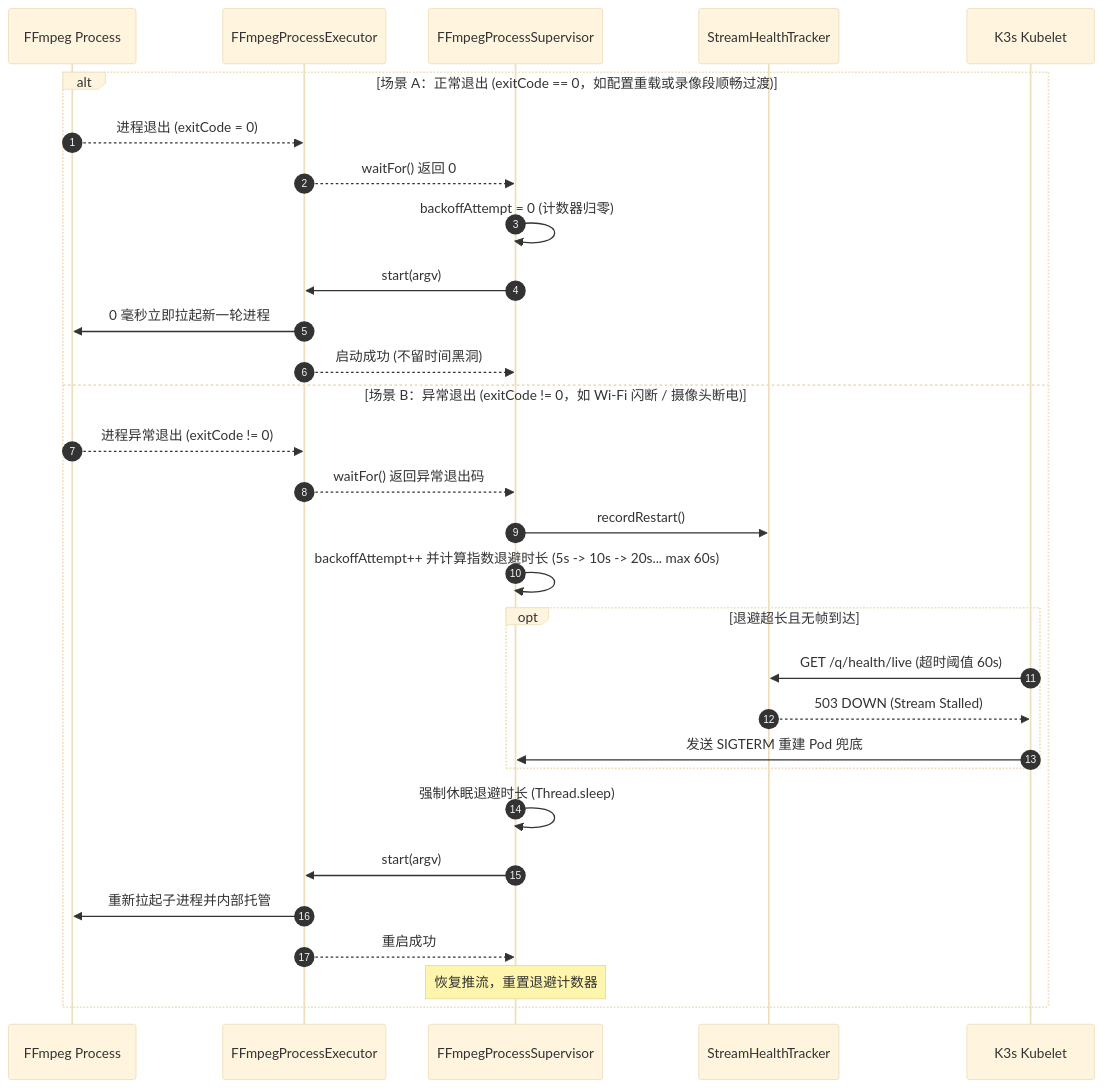
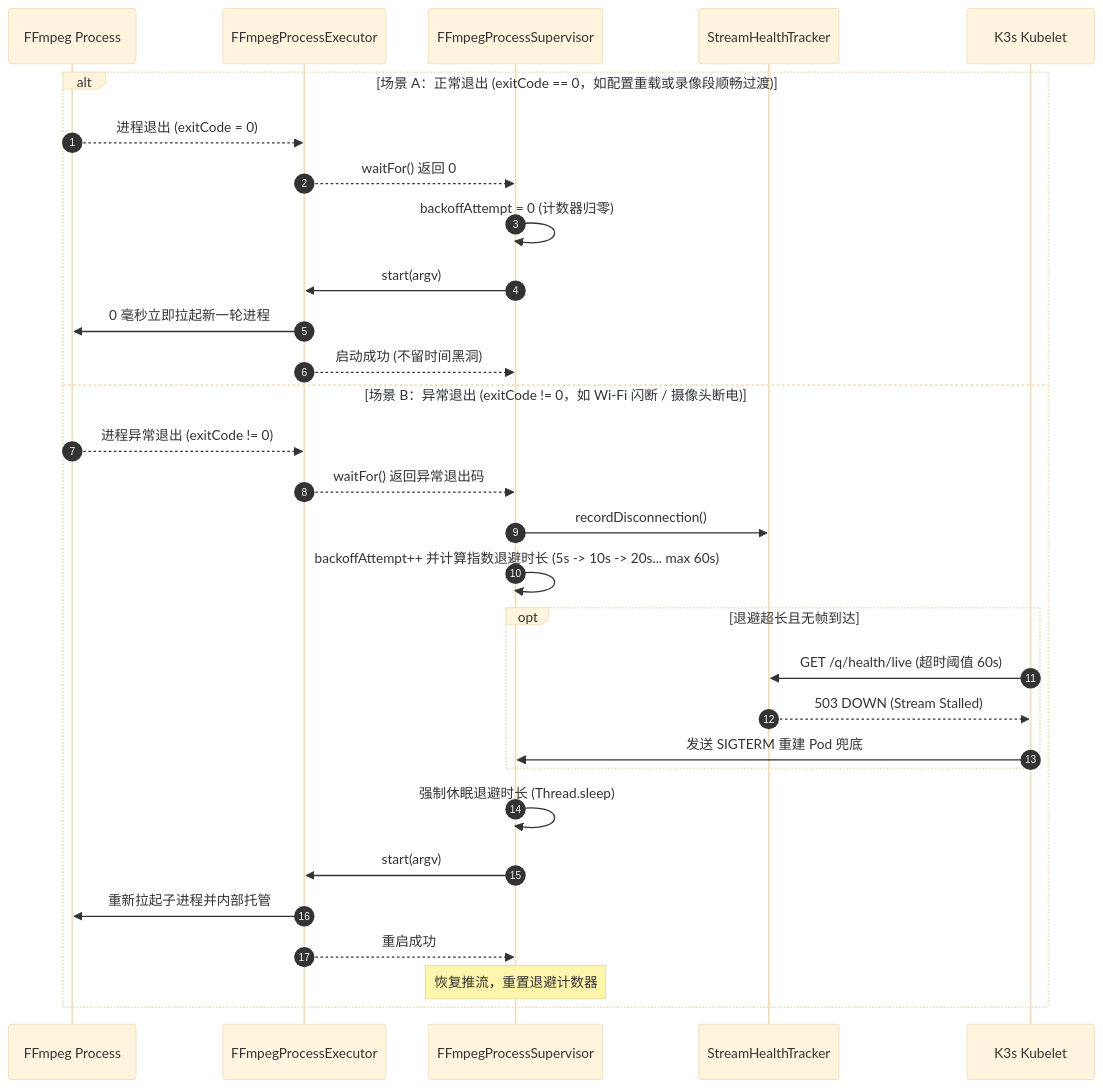
The third of 5 diagrams in docs/CLASS_DESIGN.md (nvd11/cctv-collector), drawn with Mermaid (base theme) before and after one commit. The commit also changed other lines of this file and 9 other files, not shown here.

````diff
--- a/docs/CLASS_DESIGN.md
+++ b/docs/CLASS_DESIGN.md
@@ -284,35 +295,35 @@
 ```mermaid
 sequenceDiagram
     autonumber
     participant Process as FFmpeg Process
     participant Exec as FFmpegProcessExecutor
     participant Super as FFmpegProcessSupervisor
     participant Tracker as StreamHealthTracker
     participant K3s as K3s Kubelet
 
     alt 场景 A：正常退出 (exitCode == 0，如配置重载或录像段顺畅过渡)
         Process-->>Exec: 进程退出 (exitCode = 0)
         Exec-->>Super: waitFor() 返回 0
         Super->>Super: backoffAttempt = 0 (计数器归零)
         Super->>Exec: start(argv)
         Exec->>Process: 0 毫秒立即拉起新一轮进程
         Exec-->>Super: 启动成功 (不留时间黑洞)
     else 场景 B：异常退出 (exitCode != 0，如 Wi-Fi 闪断 / 摄像头断电)
         Process-->>Exec: 进程异常退出 (exitCode != 0)
         Exec-->>Super: waitFor() 返回异常退出码
-        Super->>Tracker: recordRestart()
+        Super->>Tracker: recordDisconnection()
         Super->>Super: backoffAttempt++ 并计算指数退避时长 (5s -> 10s -> 20s... max 60s)
         
         opt 退避超长且无帧到达
             K3s->>Tracker: GET /q/health/live (超时阈值 60s)
             Tracker-->>K3s: 503 DOWN (Stream Stalled)
             K3s->>Super: 发送 SIGTERM 重建 Pod 兜底
         end
 
         Super->>Super: 强制休眠退避时长 (Thread.sleep)
         Super->>Exec: start(argv)
         Exec->>Process: 重新拉起子进程并内部托管
         Exec-->>Super: 重启成功
         Note over Super: 恢复推流，重置退避计数器
     end
 ```
````
